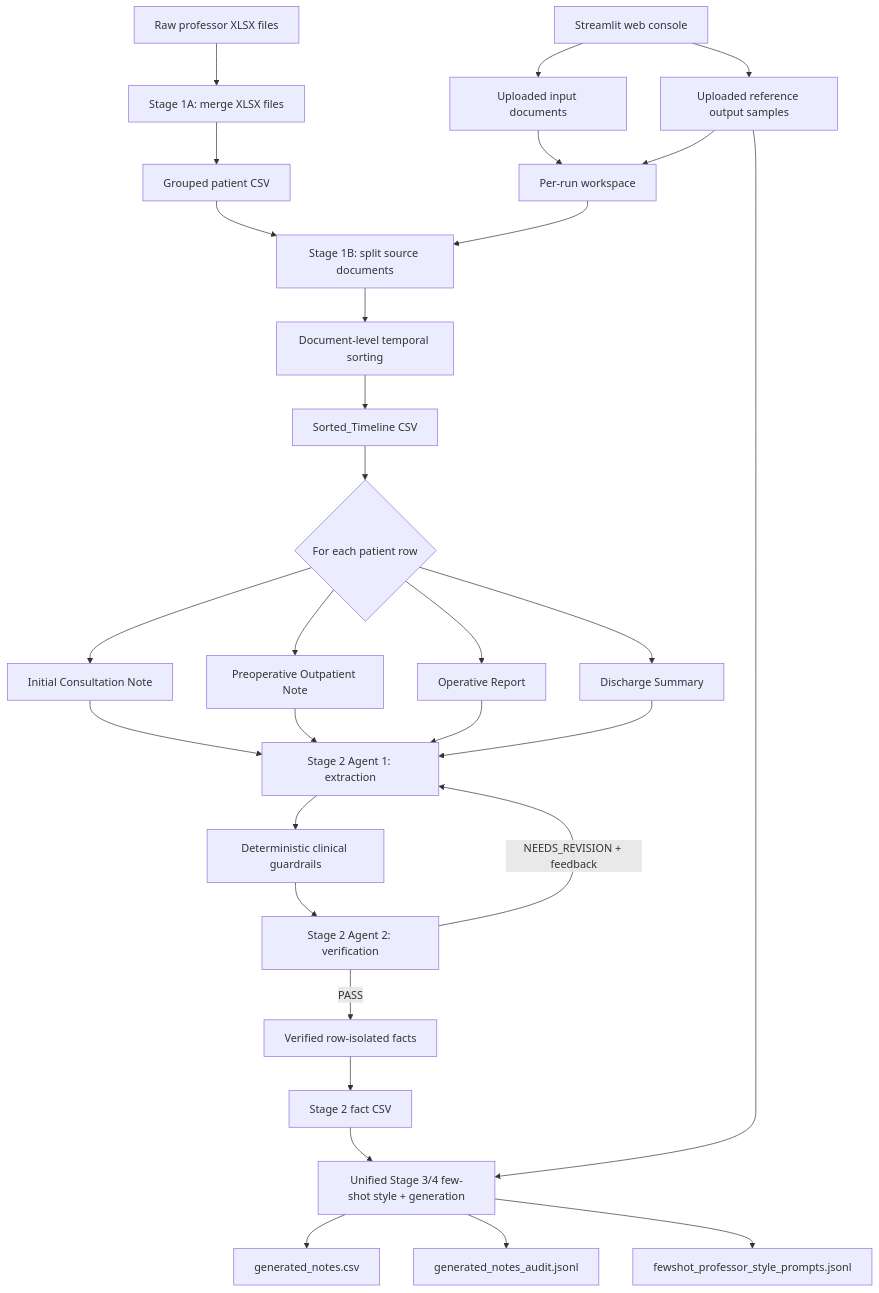
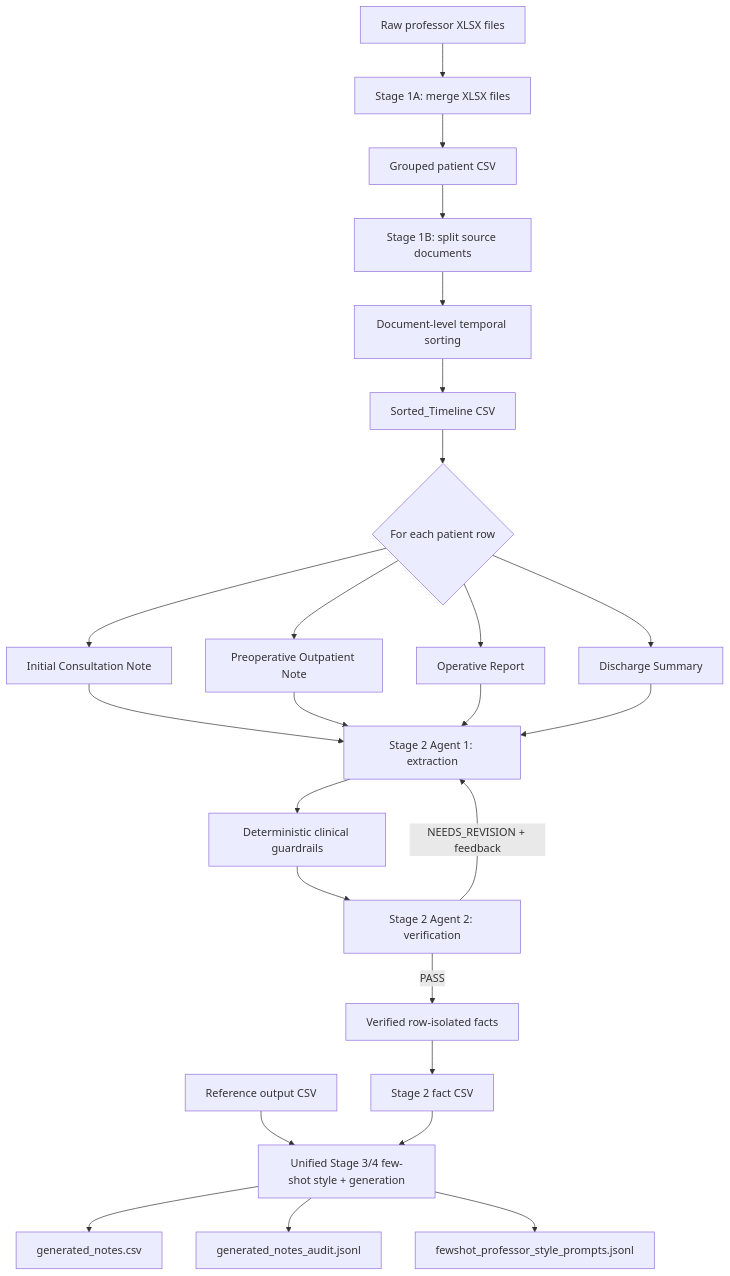
Before and after one commit to seung-hoon-lee/Medical_Report_Summarization_Agent: the diagram in README.md, drawn with Mermaid. The commit also changed other lines of this file, not shown here.

Commit message:
Remove Streamlit details from README

````diff
--- a/README.md
+++ b/README.md
@@ -41,33 +38,28 @@
 ```mermaid
 flowchart TD
     A[Raw professor XLSX files] --> B[Stage 1A: merge XLSX files]
     B --> C[Grouped patient CSV]
     C --> D[Stage 1B: split source documents]
     D --> E[Document-level temporal sorting]
     E --> F[Sorted_Timeline CSV]
     F --> G{For each patient row}
     G --> H[Initial Consultation Note]
     G --> I[Preoperative Outpatient Note]
     G --> J[Operative Report]
     G --> K[Discharge Summary]
     H --> L[Stage 2 Agent 1: extraction]
     I --> L
     J --> L
     K --> L
     L --> M[Deterministic clinical guardrails]
     M --> N[Stage 2 Agent 2: verification]
     N -->|PASS| O[Verified row-isolated facts]
     N -->|NEEDS_REVISION + feedback| L
     O --> P[Stage 2 fact CSV]
 
-    W[Streamlit web console] --> X[Uploaded input documents]
-    W --> Y[Uploaded reference output samples]
-    X --> Z[Per-run workspace]
-    Y --> Z
-    Z --> D
-    P --> R[Unified Stage 3/4 few-shot style + generation]
-    Y --> R
+    Q[Reference output CSV] --> R[Unified Stage 3/4 few-shot style + generation]
+    P --> R
     R --> U[generated_notes.csv]
     R --> V[generated_notes_audit.jsonl]
     R --> S[fewshot_professor_style_prompts.jsonl]
 ```
````
